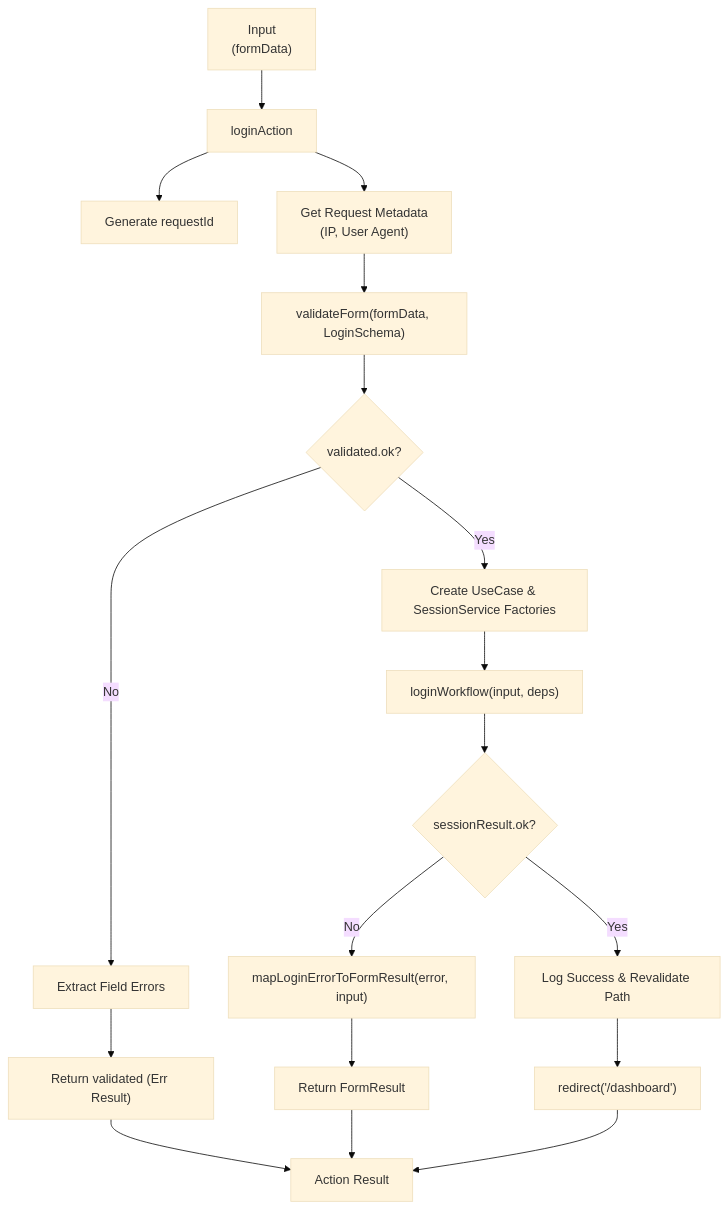
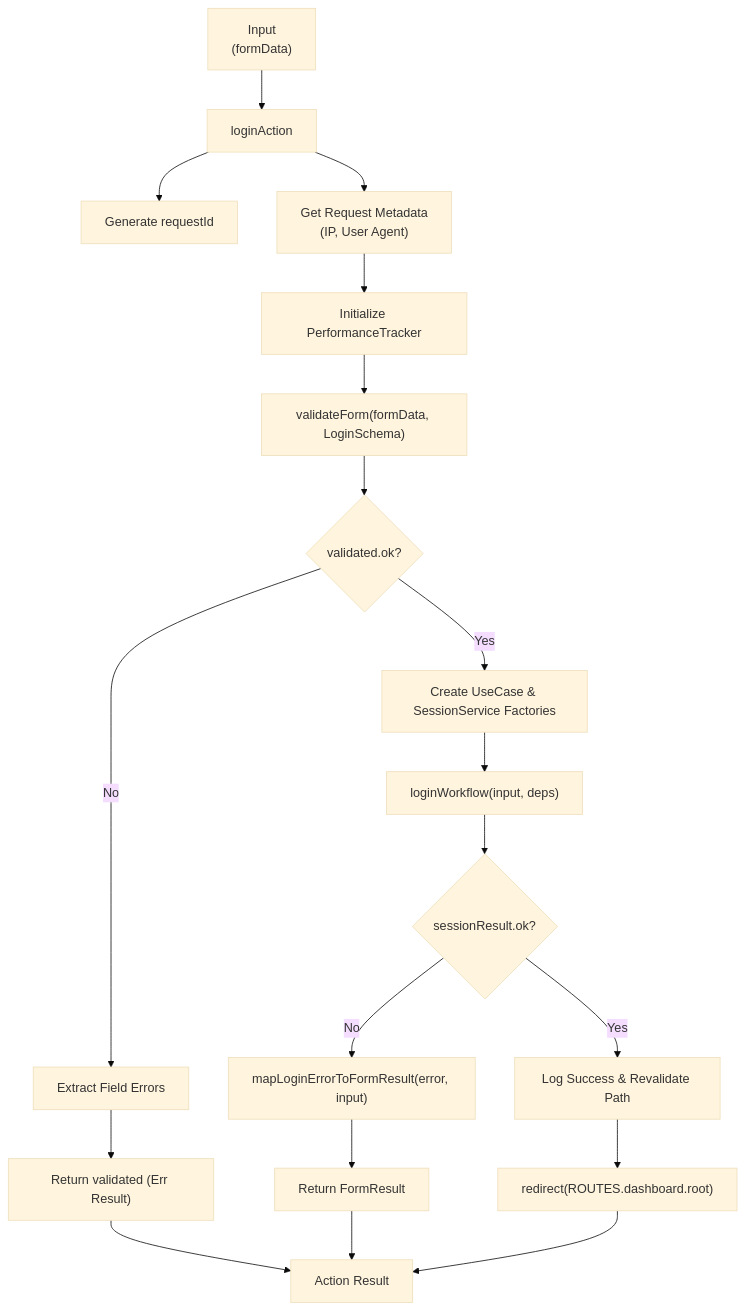
One commit to andrewpetersondev/nextjs-dashboard changed diagram 11 of 12 in src/modules/auth/server/infrastructure/db/dal/README.md. Above: the diagram before and after it, drawn with Mermaid (base theme). The commit also changed other lines of this file, not shown here.

Commit message:
docs: update flowcharts and sequence diagrams for DAL and LoginUseCase

````diff
--- a/src/modules/auth/server/infrastructure/db/dal/README.md
+++ b/src/modules/auth/server/infrastructure/db/dal/README.md
@@ -440,39 +439,40 @@
 ```mermaid
 flowchart TD
 %% Inputs
   A["Input<br/>(formData)"] --> B[loginAction]
 
 %% Preparation
   B --> C["Generate requestId"]
   B --> D["Get Request Metadata<br/>(IP, User Agent)"]
+  D --> TRACK["Initialize PerformanceTracker"]
 
 %% Validation
-  D --> E["validateForm(formData, LoginSchema)"]
+  TRACK --> E["validateForm(formData, LoginSchema)"]
 
 %% Validation Decision
   E --> F{"validated.ok?"}
 
 %% Validation Error Path
   F -->|No| G["Extract Field Errors"]
   G --> H["Return validated (Err Result)"]
 
 %% Workflow Execution
   F -->|Yes| I["Create UseCase & SessionService Factories"]
   I --> J["loginWorkflow(input, deps)"]
 
 %% Workflow Result Decision
   J --> K{"sessionResult.ok?"}
 
 %% Workflow Failure Path
   K -->|No| L["mapLoginErrorToFormResult(error, input)"]
   L --> M["Return FormResult"]
 
 %% Workflow Success Path
   K -->|Yes| N["Log Success & Revalidate Path"]
-  N --> O["redirect('/dashboard')"]
+  N --> O["redirect(ROUTES.dashboard.root)"]
 
 %% Outputs
   H --> Z["Action Result"]
   M --> Z
   O --> Z
 ```
````
